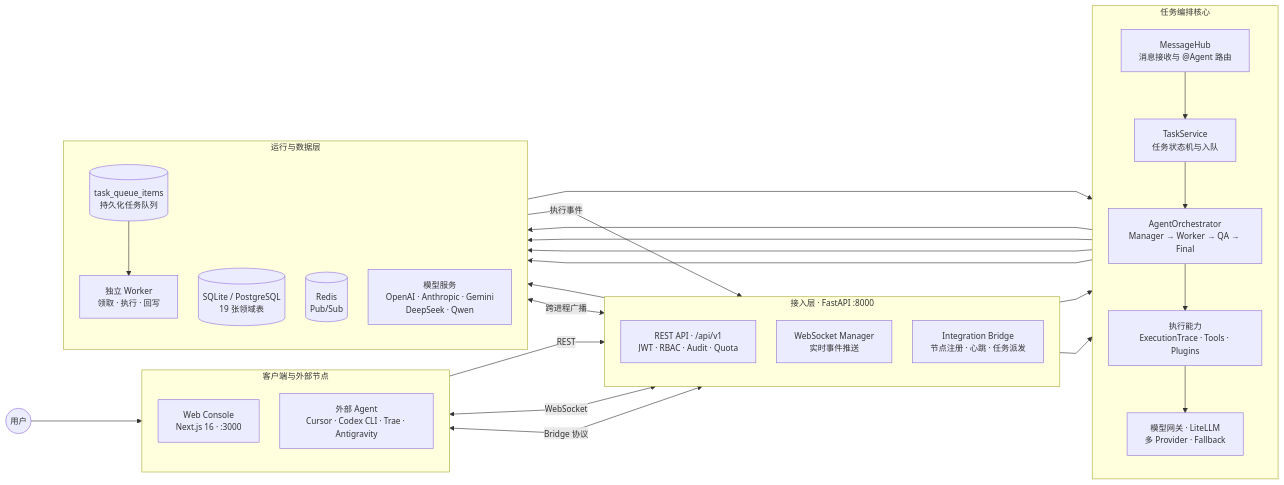
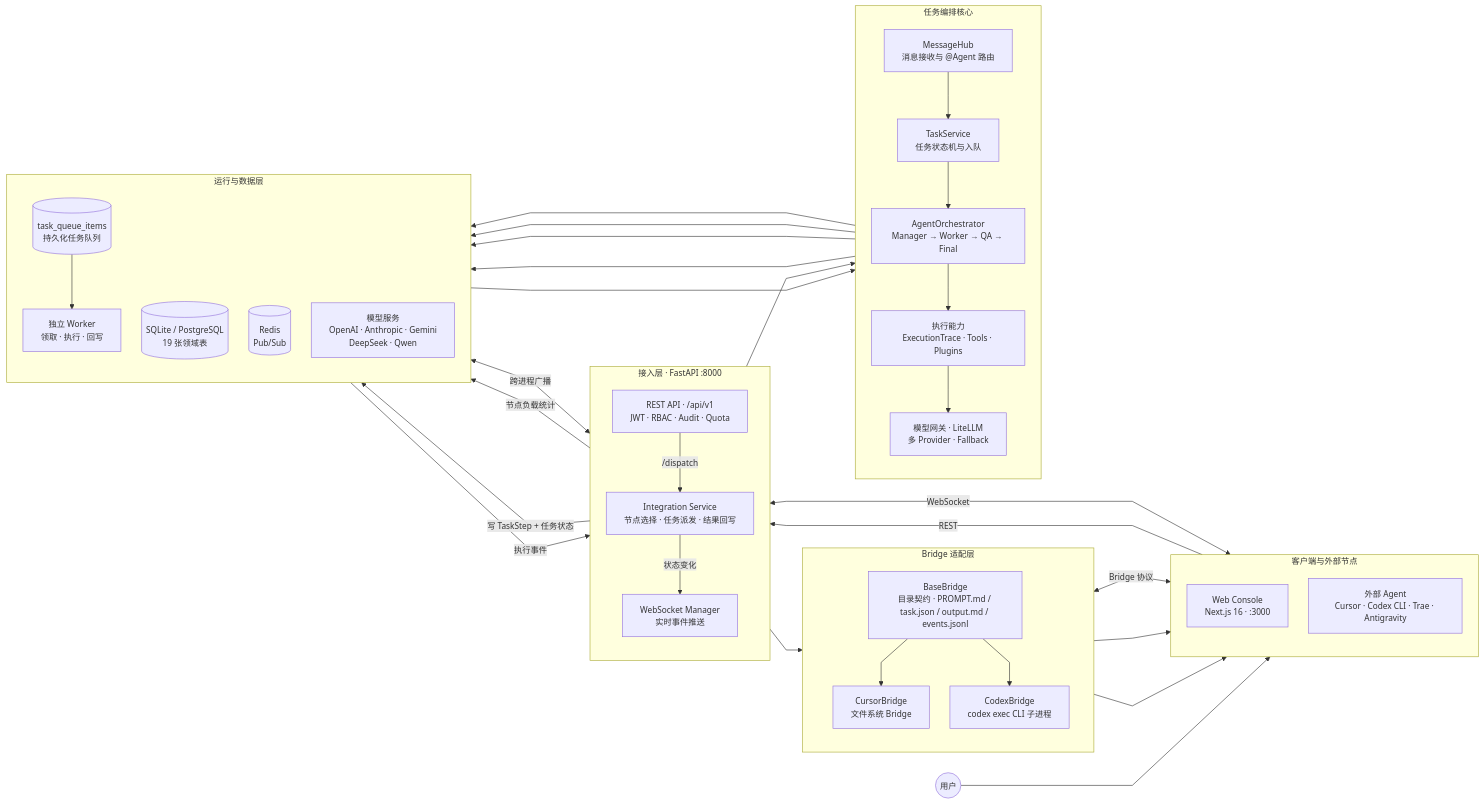
One commit to liwe123/Agent-Togterher changed the first of 2 diagrams in README.md. Above: the diagram before and after it, drawn with Mermaid. The commit also changed other lines of this file, not shown here.

Commit message:
docs: README 同步外部 Agent 调度链路，更新架构图（Bridge 层拆分、调度链路、目录约定、测试数 109）

````diff
--- a/README.md
+++ b/README.md
@@ -27,55 +27,68 @@
 ```mermaid
 %%{init: {'flowchart': {'nodeSpacing': 35, 'rankSpacing': 55, 'curve': 'linear'}, 'themeVariables': {'fontSize': '14px'}} }%%
 flowchart LR
     USER((用户))
 
     subgraph CLIENT["客户端与外部节点"]
         direction TB
         WEB["Web Console<br/>Next.js 16 · :3000"]
         AGENTS["外部 Agent<br/>Cursor · Codex CLI · Trae · Antigravity"]
     end
 
     subgraph ACCESS["接入层 · FastAPI :8000"]
         direction TB
         REST["REST API · /api/v1<br/>JWT · RBAC · Audit · Quota"]
         WS["WebSocket Manager<br/>实时事件推送"]
-        BRIDGE["Integration Bridge<br/>节点注册 · 心跳 · 任务派发"]
+        INT["Integration Service<br/>节点选择 · 任务派发 · 结果回写"]
+    end
+
+    subgraph BRIDGE_LAYER["Bridge 适配层"]
+        direction TB
+        BASE["BaseBridge<br/>目录契约 · PROMPT.md / task.json / output.md / events.jsonl"]
+        CURSOR["CursorBridge<br/>文件系统 Bridge"]
+        CODEX["CodexBridge<br/>codex exec CLI 子进程"]
     end
 
     subgraph CORE["任务编排核心"]
         direction TB
         HUB["MessageHub<br/>消息接收与 @Agent 路由"]
         TASK["TaskService<br/>任务状态机与入队"]
         ORCH["AgentOrchestrator<br/>Manager → Worker → QA → Final"]
         EXEC["执行能力<br/>ExecutionTrace · Tools · Plugins"]
         LLM["模型网关 · LiteLLM<br/>多 Provider · Fallback"]
     end
 
     subgraph RUNTIME["运行与数据层"]
         direction TB
         WORKER["独立 Worker<br/>领取 · 执行 · 回写"]
         QUEUE[("task_queue_items<br/>持久化任务队列")]
         DB[("SQLite / PostgreSQL<br/>19 张领域表")]
         REDIS[("Redis<br/>Pub/Sub")]
         MODELS["模型服务<br/>OpenAI · Anthropic · Gemini<br/>DeepSeek · Qwen"]
     end
 
     USER --> WEB
     WEB -->|REST| REST
     WEB <-->|WebSocket| WS
-    AGENTS <-->|Bridge 协议| BRIDGE
+    AGENTS <-->|Bridge 协议| BRIDGE_LAYER
 
     REST --> HUB --> TASK --> ORCH
-    BRIDGE --> ORCH
+    REST -->|/dispatch| INT --> BASE
+    INT -->|写 TaskStep + 任务状态| DB
+    INT -->|节点负载统计| DB
+    BASE --> CURSOR
+    BASE --> CODEX
+    CURSOR --> AGENTS
+    CODEX --> AGENTS
     ORCH --> EXEC --> LLM --> MODELS
 
     TASK --> QUEUE
     QUEUE --> WORKER
     WORKER --> ORCH
     WORKER -->|执行事件| WS
+    INT -->|状态变化| WS
 
     HUB --> DB
     ORCH --> DB
-    BRIDGE --> DB
     WS <-->|跨进程广播| REDIS
 ```
````
